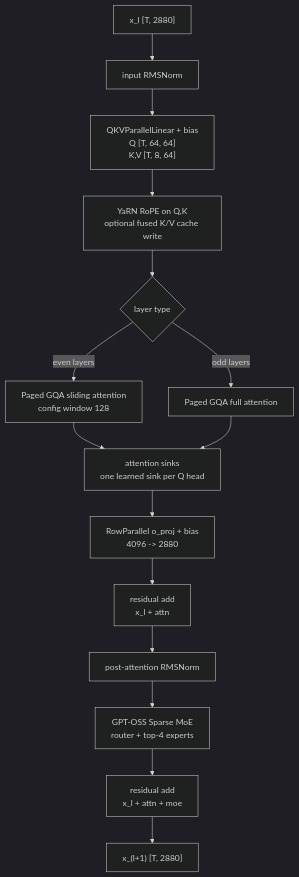
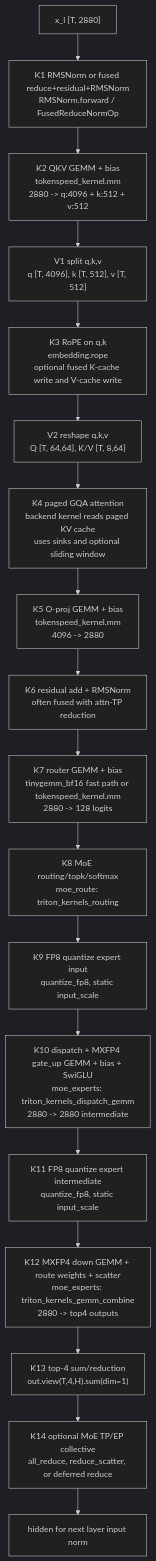
Before and after one commit to Max191-agents/tokenspeed: the second of 3 diagrams in docs/serving/gpt-oss-120b-graph.md, drawn with Mermaid (dark theme). The commit also changed other lines of this file, not shown here.

Commit message:
docs: refine GPT-OSS kernel graph

````diff
--- a/docs/serving/gpt-oss-120b-graph.md
+++ b/docs/serving/gpt-oss-120b-graph.md
@@ -61,17 +83,22 @@
 ```mermaid
 flowchart TD
-  x0["x_l [T, 2880]"] --> n0["input RMSNorm"]
-  n0 --> qkv["QKVParallelLinear + bias<br/>Q [T, 64, 64]<br/>K,V [T, 8, 64]"]
-  qkv --> rope["YaRN RoPE on Q,K<br/>optional fused K/V cache write"]
-  rope --> attn_choice{"layer type"}
-  attn_choice -->|"even layers"| swa["Paged GQA sliding attention<br/>config window 128"]
-  attn_choice -->|"odd layers"| full["Paged GQA full attention"]
-  swa --> sinks["attention sinks<br/>one learned sink per Q head"]
-  full --> sinks
-  sinks --> out_proj["RowParallel o_proj + bias<br/>4096 -> 2880"]
-  out_proj --> add_attn["residual add<br/>x_l + attn"]
-  add_attn --> n1["post-attention RMSNorm"]
-  n1 --> moe["GPT-OSS Sparse MoE<br/>router + top-4 experts"]
-  moe --> add_moe["residual add<br/>x_l + attn + moe"]
-  add_moe --> x1["x_(l+1) [T, 2880]"]
+  x["x_l [T, 2880]"]
+
+  x --> n0["K1 RMSNorm or fused reduce+residual+RMSNorm<br/>RMSNorm.forward / FusedReduceNormOp"]
+  n0 --> qkv["K2 QKV GEMM + bias<br/>tokenspeed_kernel.mm<br/>2880 -> q:4096 + k:512 + v:512"]
+  qkv --> split["V1 split q,k,v<br/>q [T, 4096], k [T, 512], v [T, 512]"]
+  split --> rope["K3 RoPE on q,k<br/>embedding.rope<br/>optional fused K-cache write and V-cache write"]
+  rope --> viewkv["V2 reshape q,k,v<br/>Q [T, 64,64], K/V [T, 8,64]"]
+  viewkv --> attn["K4 paged GQA attention<br/>backend kernel reads paged KV cache<br/>uses sinks and optional sliding window"]
+  attn --> oproj["K5 O-proj GEMM + bias<br/>tokenspeed_kernel.mm<br/>4096 -> 2880"]
+  oproj --> n1["K6 residual add + RMSNorm<br/>often fused with attn-TP reduction"]
+  n1 --> router["K7 router GEMM + bias<br/>tinygemm_bf16 fast path or tokenspeed_kernel.mm<br/>2880 -> 128 logits"]
+  router --> route["K8 MoE routing/topk/softmax<br/>moe_route: triton_kernels_routing"]
+  route --> q1["K9 FP8 quantize expert input<br/>quantize_fp8, static input_scale"]
+  q1 --> eg1["K10 dispatch + MXFP4 gate_up GEMM + bias + SwiGLU<br/>moe_experts: triton_kernels_dispatch_gemm<br/>2880 -> 2880 intermediate"]
+  eg1 --> q2["K11 FP8 quantize expert intermediate<br/>quantize_fp8, static input_scale"]
+  q2 --> eg2["K12 MXFP4 down GEMM + route weights + scatter<br/>moe_experts: triton_kernels_gemm_combine<br/>2880 -> top4 outputs"]
+  eg2 --> sum["K13 top-4 sum/reduction<br/>out.view(T,4,H).sum(dim=1)"]
+  sum --> outcomm["K14 optional MoE TP/EP collective<br/>all_reduce, reduce_scatter, or deferred reduce"]
+  outcomm --> y["hidden for next layer input norm"]
 ```
````
